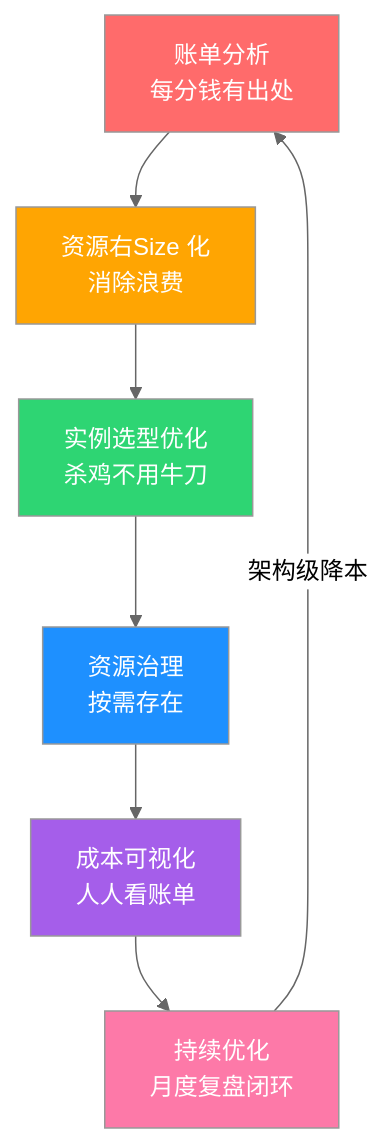
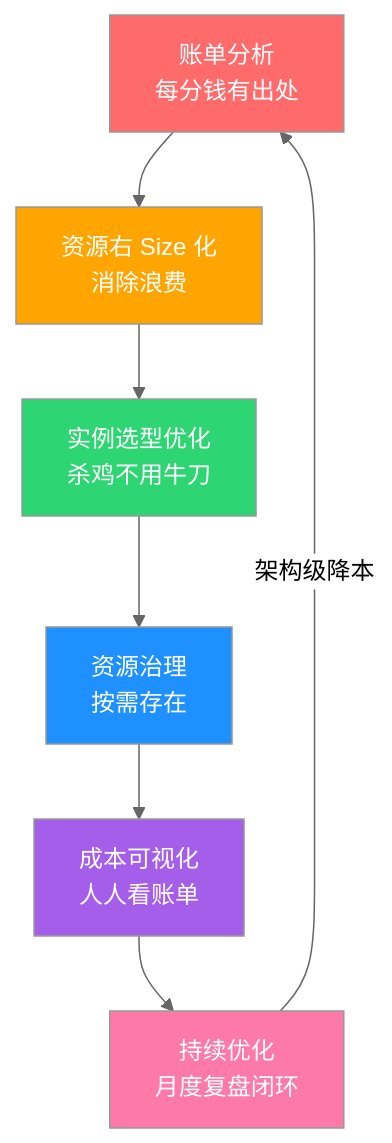
One commit to wb04307201/wb04307201 changed the diagram in note/14.story/14-cloud-finops.md. Above: the diagram before and after it, drawn with Mermaid (neutral theme). The commit also changed other lines of this file and 38 other files, not shown here.

````diff
--- a/note/14.story/14-cloud-finops.md
+++ b/note/14.story/14-cloud-finops.md
@@ -237,15 +237,15 @@
 ```mermaid
 graph TD
-    A[账单分析<br/>每分钱有出处] --> B[资源右Size 化<br/>消除浪费]
+    A[账单分析<br/>每分钱有出处] --> B[资源右 Size 化<br/>消除浪费]
     B --> C[实例选型优化<br/>杀鸡不用牛刀]
     C --> D[资源治理<br/>按需存在]
     D --> E[成本可视化<br/>人人看账单]
     E --> F[持续优化<br/>月度复盘闭环]
     F -->|架构级降本| A
     style A fill:#ff6b6b,color:#fff
     style B fill:#ffa502,color:#fff
     style C fill:#2ed573,color:#fff
     style D fill:#1e90ff,color:#fff
     style E fill:#a55eea,color:#fff
     style F fill:#fd79a8,color:#fff
 ```
````
